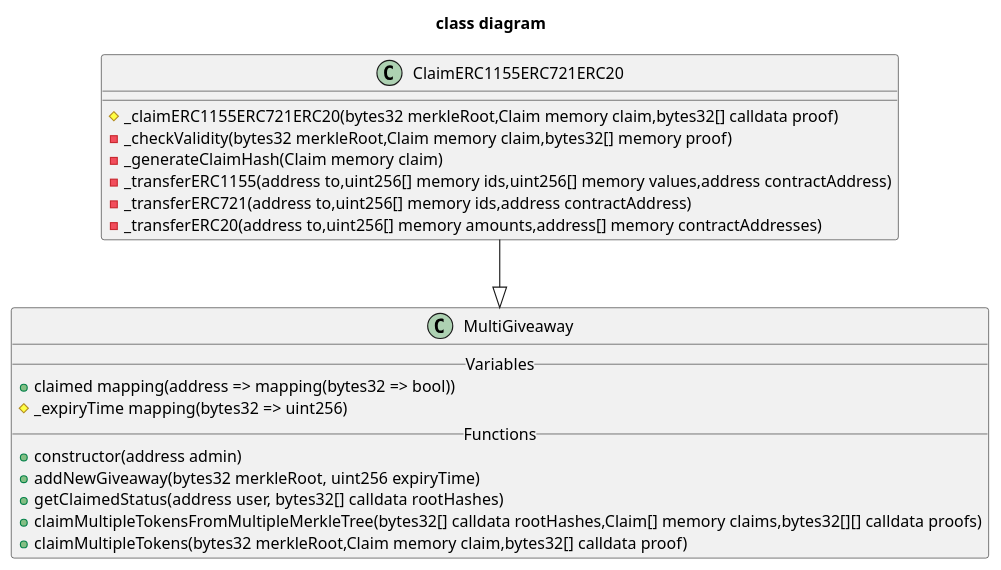
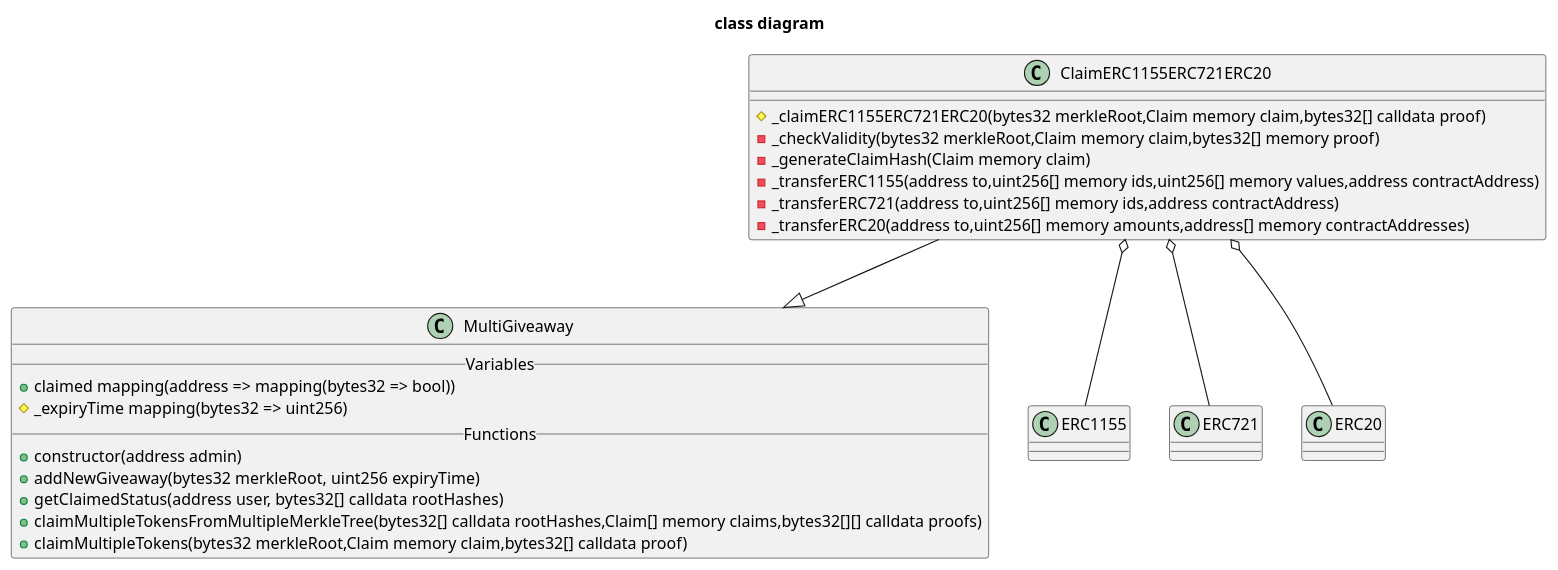
Before and after one commit to thesandboxgame/sandbox-smart-contracts: the second of 2 diagrams in docs/topics/asset/giveaway/multiple.md, drawn with PlantUML. The commit also changed other lines of this file and 1 other file, not shown here.

````diff
--- a/docs/topics/asset/giveaway/multiple.md
+++ b/docs/topics/asset/giveaway/multiple.md
@@ -55,24 +70,39 @@
 ```plantuml
 title class diagram
 class MultiGiveaway {
   __Variables__
   +claimed mapping(address => mapping(bytes32 => bool))
   #_expiryTime mapping(bytes32 => uint256)
   __Functions__
   +constructor(address admin)
   +addNewGiveaway(bytes32 merkleRoot, uint256 expiryTime)
   +getClaimedStatus(address user, bytes32[] calldata rootHashes)
   +claimMultipleTokensFromMultipleMerkleTree(bytes32[] calldata rootHashes,Claim[] memory claims,bytes32[][] calldata proofs)
   +claimMultipleTokens(bytes32 merkleRoot,Claim memory claim,bytes32[] calldata proof)
 }
 class ClaimERC1155ERC721ERC20 {
   #_claimERC1155ERC721ERC20(bytes32 merkleRoot,Claim memory claim,bytes32[] calldata proof)
   -_checkValidity(bytes32 merkleRoot,Claim memory claim,bytes32[] memory proof)
   -_generateClaimHash(Claim memory claim)
   -_transferERC1155(address to,uint256[] memory ids,uint256[] memory values,address contractAddress)
   -_transferERC721(address to,uint256[] memory ids,address contractAddress)
   -_transferERC20(address to,uint256[] memory amounts,address[] memory contractAddresses)
 }
 
+class ERC1155 {
+
+}
+
+class ERC721 {
+
+}
+
+class ERC20 {
+
+}
+
 ClaimERC1155ERC721ERC20 --|> MultiGiveaway
+ClaimERC1155ERC721ERC20 o-- ERC1155
+ClaimERC1155ERC721ERC20 o-- ERC721
+ClaimERC1155ERC721ERC20 o-- ERC20
 ```
````
